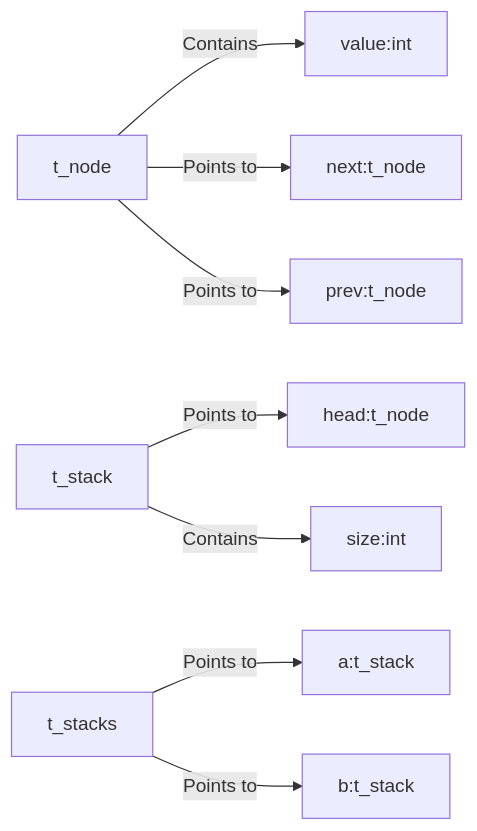
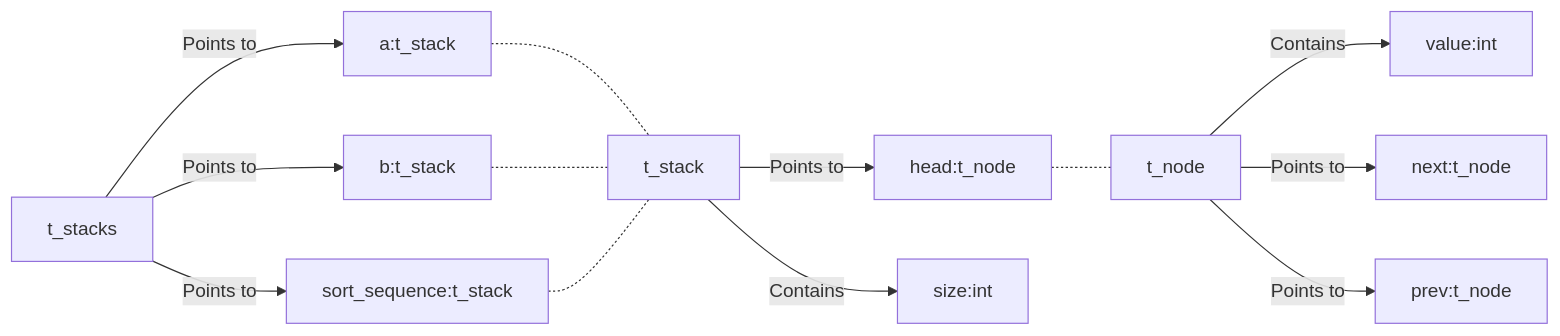
Before and after one commit to Tablerase/42_Projects: the second of 2 diagrams in Push_swap/README.md, drawn with Mermaid.

Commit message:
update to graph

````diff
--- a/Push_swap/README.md
+++ b/Push_swap/README.md
@@ -194,10 +194,15 @@
 ```mermaid
 flowchart LR
     t_node -->|Contains| value:int
     t_node -->|Points to| next:t_node
     t_node -->|Points to| prev:t_node
     t_stack -->|Points to| head:t_node
+    head:t_node -.- t_node
     t_stack -->|Contains| size:int
     t_stacks -->|Points to| a:t_stack
     t_stacks -->|Points to| b:t_stack
+    t_stacks -->|Points to| sort_sequence:t_stack
+    a:t_stack -.- t_stack
+    b:t_stack -.- t_stack
+    sort_sequence:t_stack -.- t_stack
 ```
````
